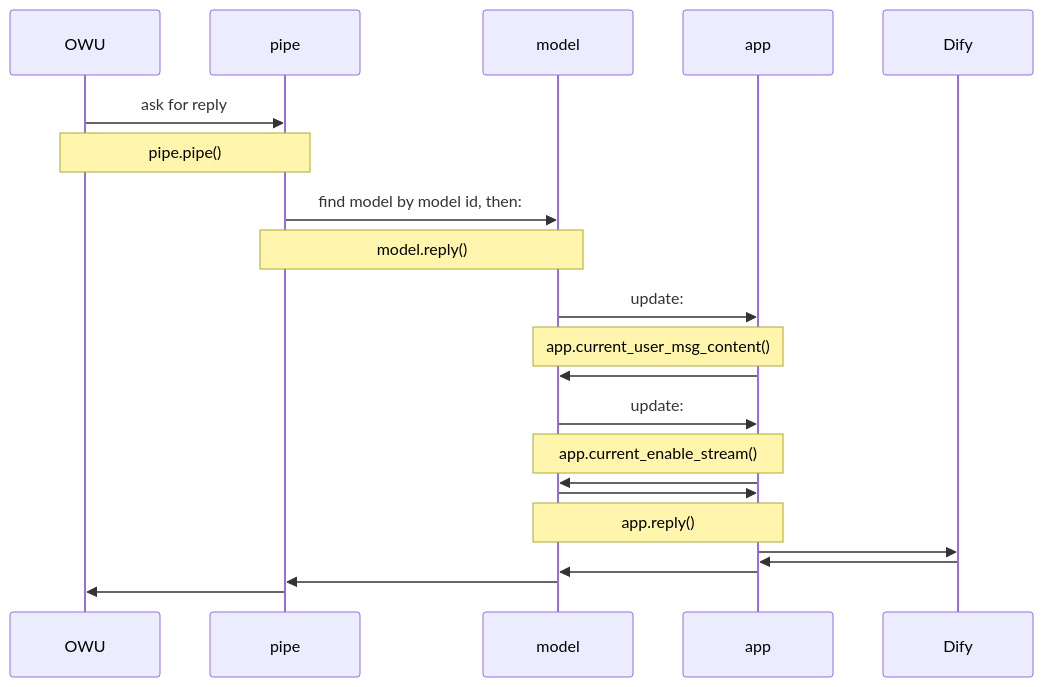
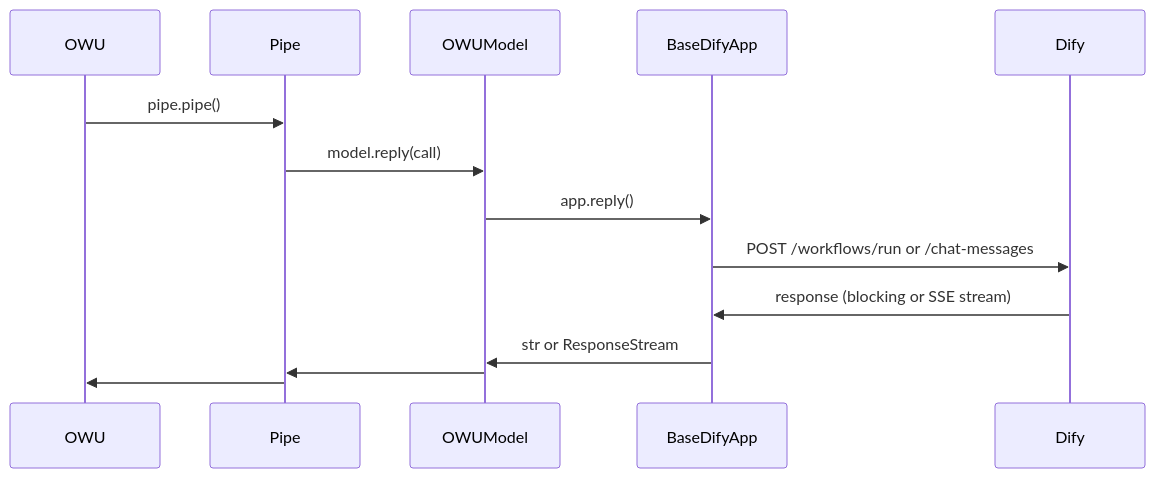
The fourth of 4 diagrams in README.md (kami-lel/dify-open-webui-adapter), drawn with Mermaid before and after one commit. The commit also changed other lines of this file and 1 other file, not shown here.

First line of the commit message:
document adapter architecture; refresh AGENTS and README guidance

````diff
--- a/README.md
+++ b/README.md
@@ -214,26 +155,11 @@
 ```mermaid
 sequenceDiagram
-    OWU->>pipe: ask for reply
-    note over OWU,pipe: pipe.pipe()
-
-    pipe->>model: find model by model id, then:
-    note over pipe,model: model.reply()
-
-    model->>app: update:
-    note over model,app: app.current_user_msg_content()
-    app->>model:
-
-    model->>app: update:
-    note over model,app: app.current_enable_stream()
-    app->>model:
-
-    model->>app:
-    note over model,app: app.reply()
-
-    app->>Dify:
-    Dify->>app:
-
-    app->>model:
-    model->>pipe:
-    pipe->>OWU:
+    OWU->>Pipe: pipe.pipe()
+    Pipe->>OWUModel: model.reply(call)
+    OWUModel->>BaseDifyApp: app.reply()
+    BaseDifyApp->>Dify: POST /workflows/run or /chat-messages
+    Dify->>BaseDifyApp: response (blocking or SSE stream)
+    BaseDifyApp->>OWUModel: str or ResponseStream
+    OWUModel->>Pipe:
+    Pipe->>OWU:
 ```
````
